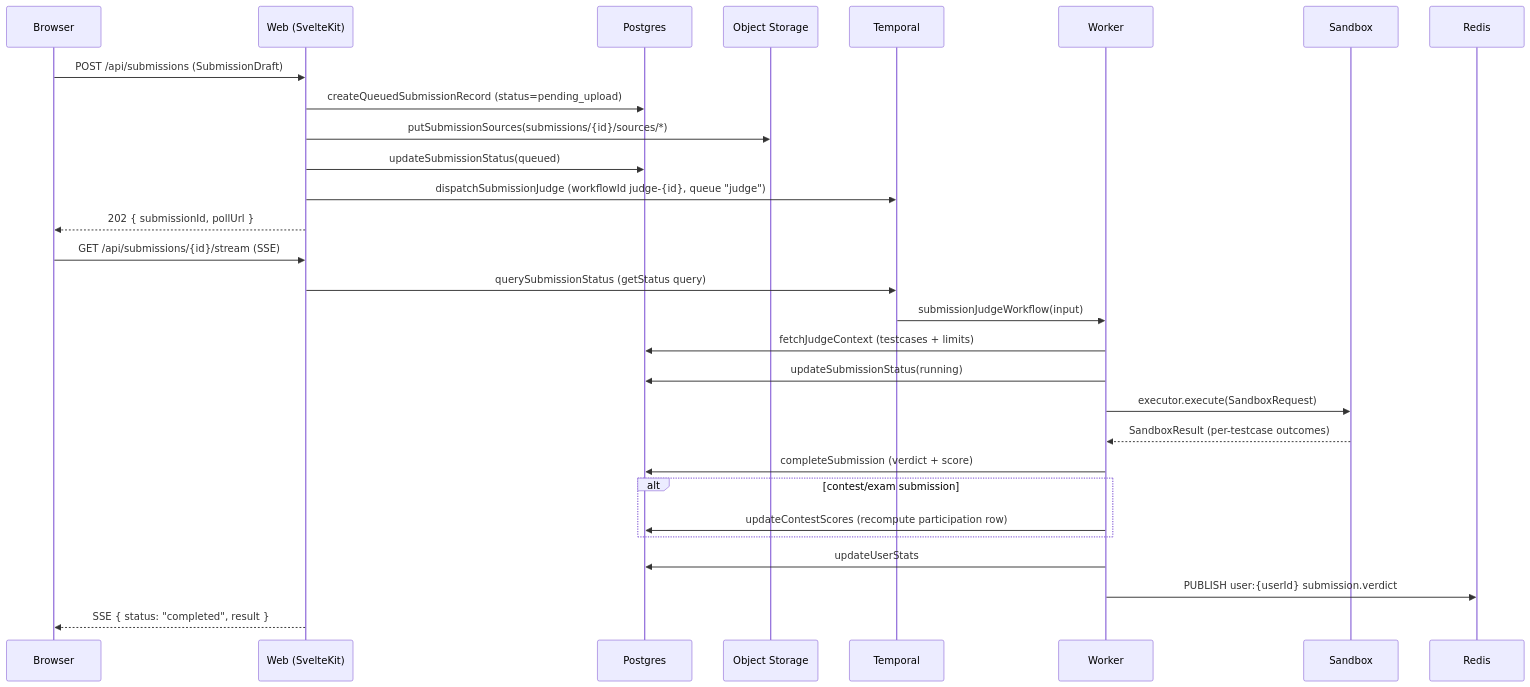
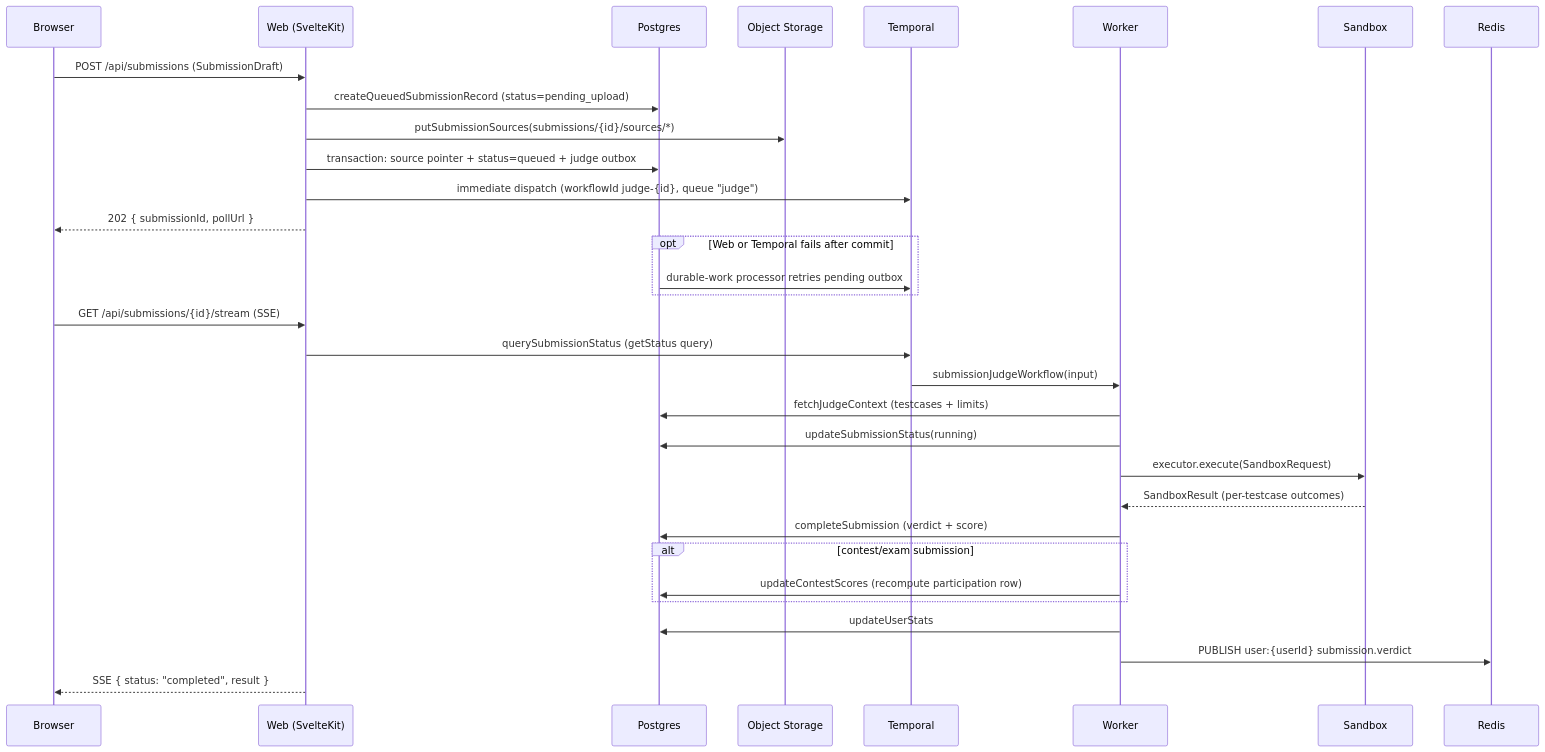
Before and after one commit to NOJV-TW/NOJV: the second of 4 diagrams in docs/architecture/ARCHITECTURE.md, drawn with Mermaid. The commit also changed other lines of this file and 9 other files, not shown here.

Commit message:
Dispatch submission judges immediately (#327)

````diff
--- a/docs/architecture/ARCHITECTURE.md
+++ b/docs/architecture/ARCHITECTURE.md
@@ -337,36 +337,40 @@
 ```mermaid
 sequenceDiagram
     participant Browser
     participant Web as Web (SvelteKit)
     participant Postgres
     participant Storage as Object Storage
     participant Temporal
     participant Worker
     participant Sandbox
     participant Redis
 
     Browser->>Web: POST /api/submissions (SubmissionDraft)
     Web->>Postgres: createQueuedSubmissionRecord (status=pending_upload)
     Web->>Storage: putSubmissionSources(submissions/{id}/sources/*)
-    Web->>Postgres: updateSubmissionStatus(queued)
-    Web->>Temporal: dispatchSubmissionJudge (workflowId judge-{id}, queue "judge")
+    Web->>Postgres: transaction: source pointer + status=queued + judge outbox
+    Web->>Temporal: immediate dispatch (workflowId judge-{id}, queue "judge")
     Web-->>Browser: 202 { submissionId, pollUrl }
+
+    opt Web or Temporal fails after commit
+        Postgres->>Temporal: durable-work processor retries pending outbox
+    end
 
     Browser->>Web: GET /api/submissions/{id}/stream (SSE)
     Web->>Temporal: querySubmissionStatus (getStatus query)
 
     Temporal->>Worker: submissionJudgeWorkflow(input)
     Worker->>Postgres: fetchJudgeContext (testcases + limits)
     Worker->>Postgres: updateSubmissionStatus(running)
     Worker->>Sandbox: executor.execute(SandboxRequest)
     Sandbox-->>Worker: SandboxResult (per-testcase outcomes)
     Worker->>Postgres: completeSubmission (verdict + score)
 
     alt contest/exam submission
         Worker->>Postgres: updateContestScores (recompute participation row)
     end
 
     Worker->>Postgres: updateUserStats
     Worker->>Redis: PUBLISH user:{userId} submission.verdict
     Web-->>Browser: SSE { status: "completed", result }
 ```
````
